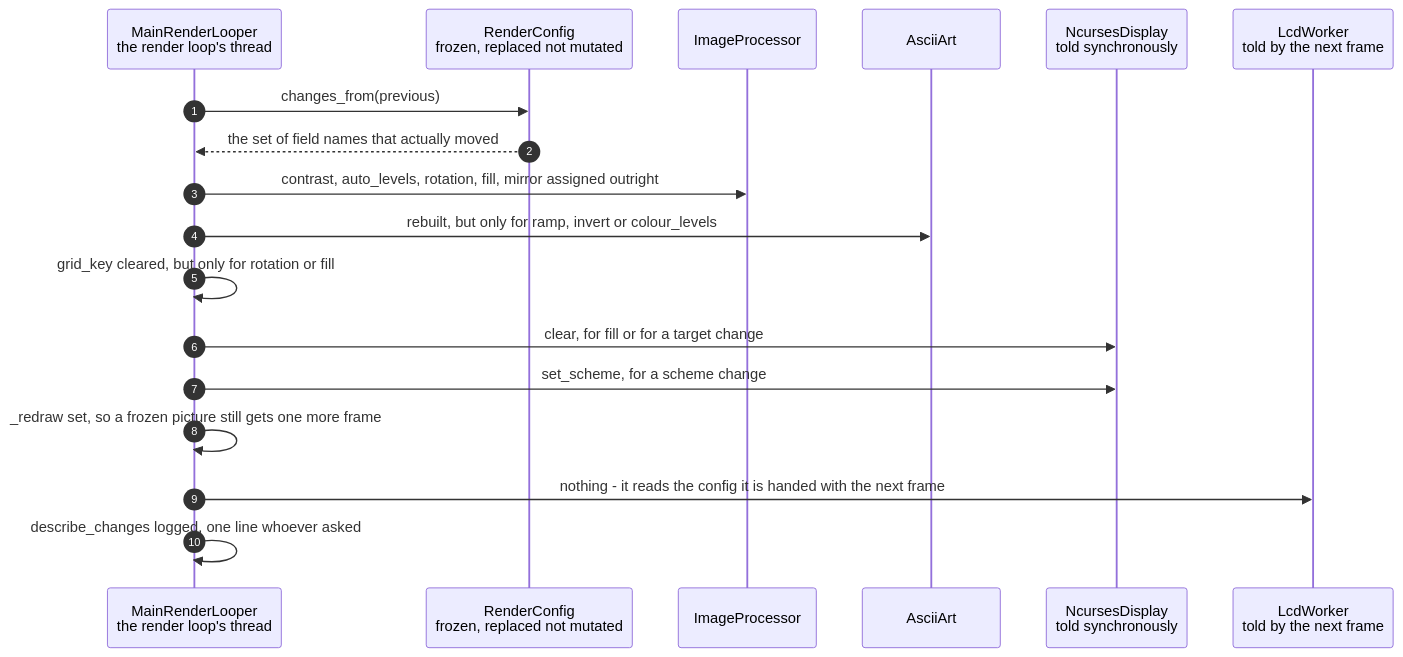
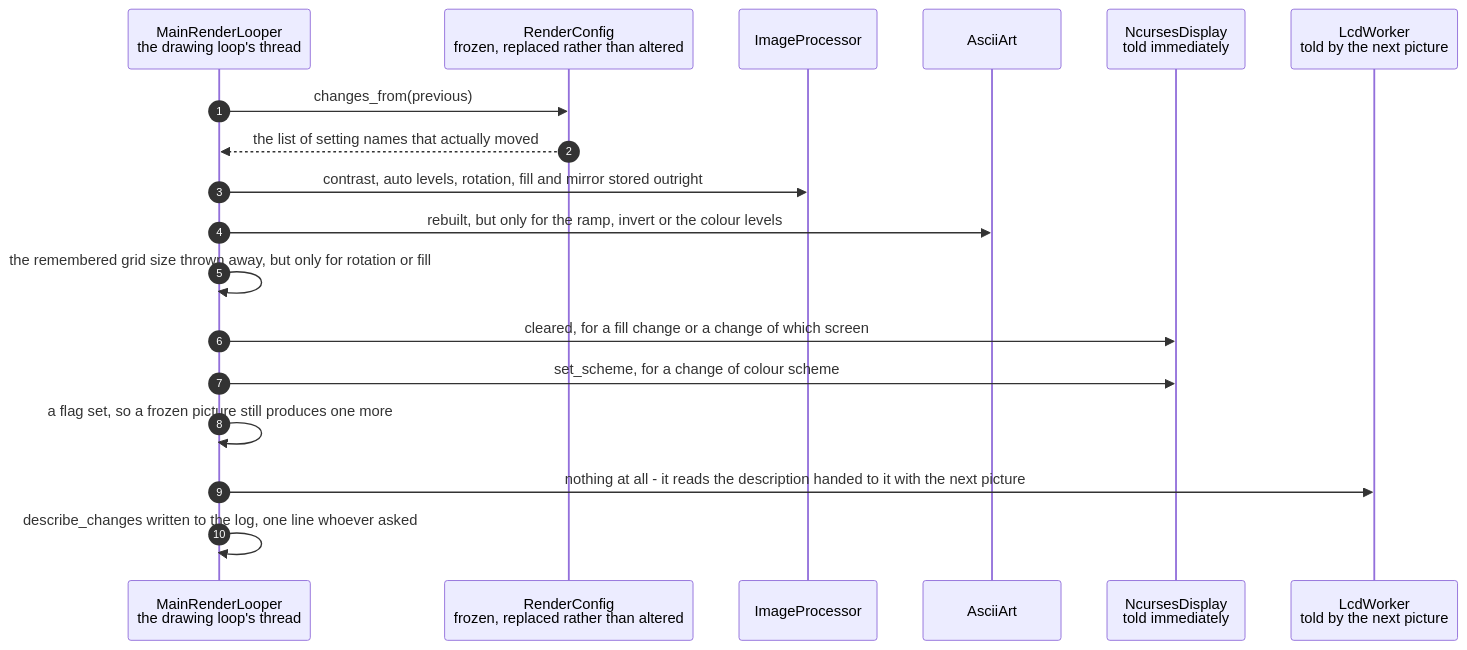
One commit to replicant1/AsciiArt-Pi changed the diagram in docs/scenarios/one-configuration-change-is-pushed-to-both-displays.md. Above: the diagram before and after it, drawn with Mermaid. The commit also changed other lines of this file and 6 other files, not shown here.

````diff
--- a/docs/scenarios/one-configuration-change-is-pushed-to-both-displays.md
+++ b/docs/scenarios/one-configuration-change-is-pushed-to-both-displays.md
@@ -43,21 +52,21 @@
 ```mermaid
 sequenceDiagram
     autonumber
-    participant App as MainRenderLooper<br/>the render loop's thread
-    participant Cfg as RenderConfig<br/>frozen, replaced not mutated
+    participant App as MainRenderLooper<br/>the drawing loop's thread
+    participant Cfg as RenderConfig<br/>frozen, replaced rather than altered
     participant Proc as ImageProcessor
     participant Art as AsciiArt
-    participant Term as NcursesDisplay<br/>told synchronously
-    participant W as LcdWorker<br/>told by the next frame
+    participant Term as NcursesDisplay<br/>told immediately
+    participant W as LcdWorker<br/>told by the next picture
 
     App->>Cfg: changes_from(previous)
-    Cfg-->>App: the set of field names that actually moved
-    App->>Proc: contrast, auto_levels, rotation, fill, mirror assigned outright
-    App->>Art: rebuilt, but only for ramp, invert or colour_levels
-    App->>App: grid_key cleared, but only for rotation or fill
-    App->>Term: clear, for fill or for a target change
-    App->>Term: set_scheme, for a scheme change
-    App->>App: _redraw set, so a frozen picture still gets one more frame
-    App->>W: nothing - it reads the config it is handed with the next frame
-    App->>App: describe_changes logged, one line whoever asked
+    Cfg-->>App: the list of setting names that actually moved
+    App->>Proc: contrast, auto levels, rotation, fill and mirror stored outright
+    App->>Art: rebuilt, but only for the ramp, invert or the colour levels
+    App->>App: the remembered grid size thrown away, but only for rotation or fill
+    App->>Term: cleared, for a fill change or a change of which screen
+    App->>Term: set_scheme, for a change of colour scheme
+    App->>App: a flag set, so a frozen picture still produces one more
+    App->>W: nothing at all - it reads the description handed to it with the next picture
+    App->>App: describe_changes written to the log, one line whoever asked
 ```
````
